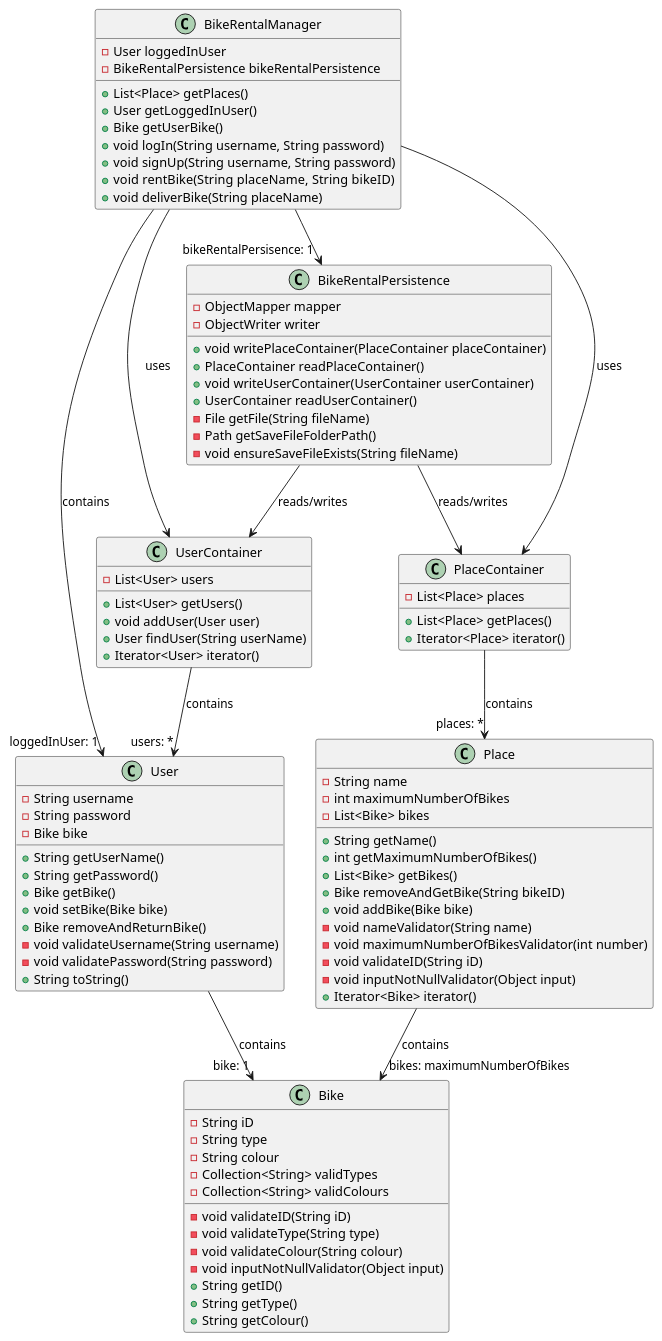
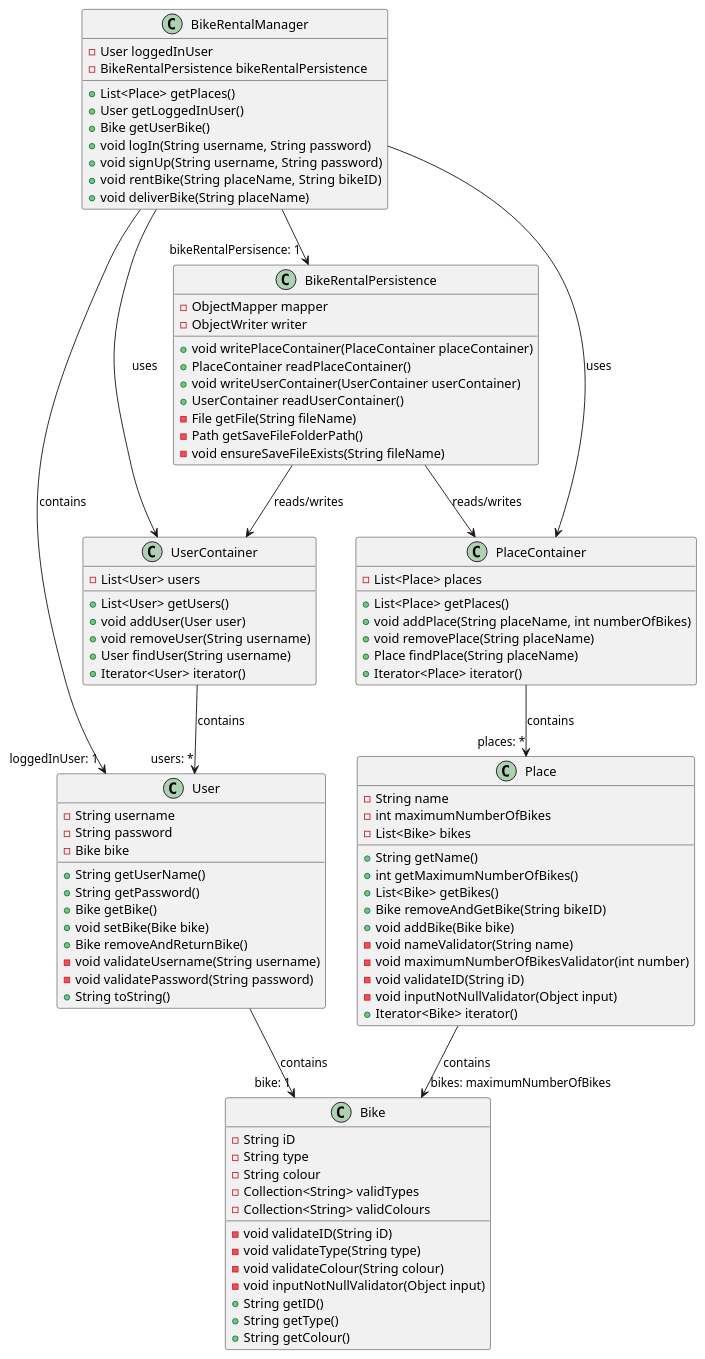
Before and after one commit to jonhallem/gr2247: the diagram in docs/release2.md, drawn with PlantUML. The commit also changed other lines of this file and 1 other file, not shown here.

```diff
--- a/docs/release2.md
+++ b/docs/release2.md
@@ -72,6 +81,9 @@
 Class PlaceContainer {
     -List<Place> places
     +List<Place> getPlaces()
+    +void addPlace(String placeName, int numberOfBikes)
+    +void removePlace(String placeName)
+    +Place findPlace(String placeName)
     +Iterator<Place> iterator()
 }
 
@@ -79,7 +91,8 @@
     -List<User> users
     +List<User> getUsers()
     +void addUser(User user)
-    +User findUser(String userName)
+    +void removeUser(String username)
+    +User findUser(String username)
     +Iterator<User> iterator()
 }
 
```
